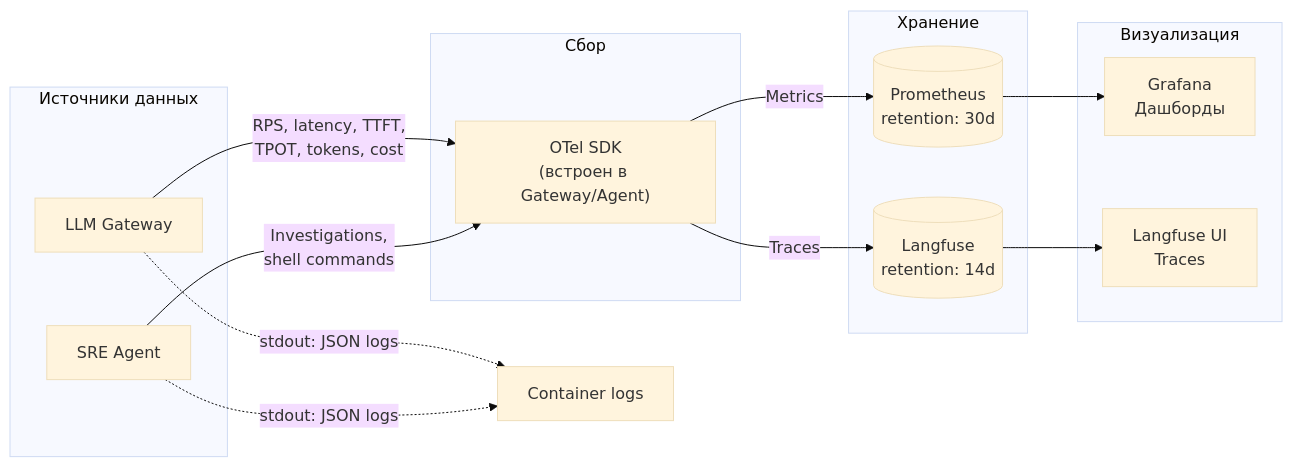
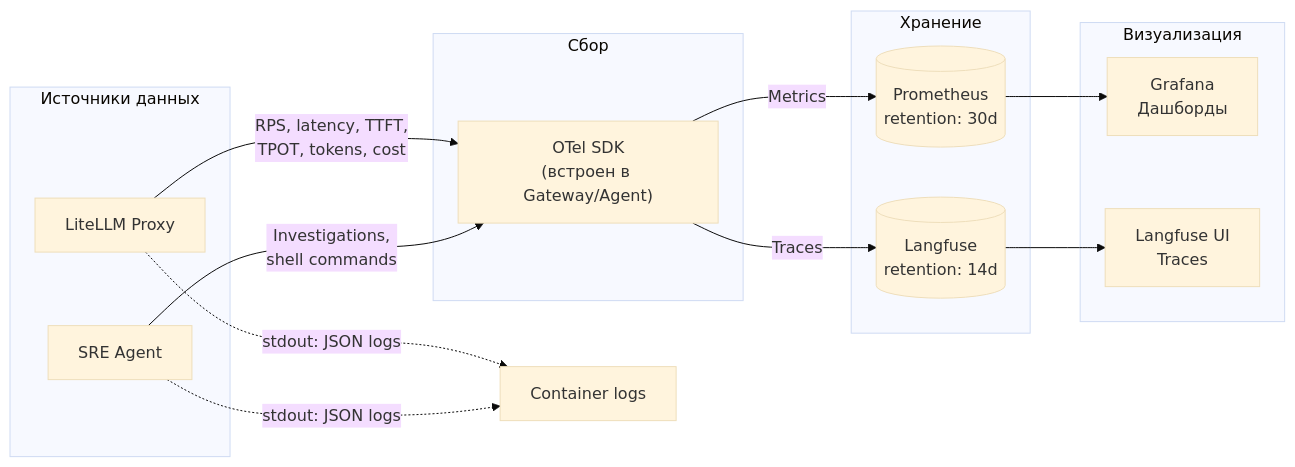
One commit to Ygrick/SRE-agent changed the second of 2 diagrams in docs/diagrams/data-flow.md. Above: the diagram before and after it, drawn with Mermaid (base theme). The commit also changed other lines of this file and 10 other files, not shown here.

Commit message:
Update documentation to reflect the integration of LiteLLM Proxy as the LLM API Gateway

````diff
--- a/docs/diagrams/data-flow.md
+++ b/docs/diagrams/data-flow.md
@@ -52,31 +52,31 @@
 ```mermaid
 flowchart LR
     subgraph sources ["Источники данных"]
-        GW2["LLM Gateway"]
+        GW2["LiteLLM Proxy"]
         AGENT2["SRE Agent"]
     end
 
     subgraph collect ["Сбор"]
         OTEL["OTel SDK<br/>(встроен в Gateway/Agent)"]
     end
 
     subgraph store_obs ["Хранение"]
         PROM[("Prometheus<br/>retention: 30d")]
         LF[("Langfuse<br/>retention: 14d")]
     end
 
     subgraph visualize ["Визуализация"]
         GRAFANA["Grafana<br/>Дашборды"]
         LF_UI["Langfuse UI<br/>Traces"]
     end
 
     GW2 -- "RPS, latency, TTFT,<br/>TPOT, tokens, cost" --> OTEL
     AGENT2 -- "Investigations,<br/>shell commands" --> OTEL
     OTEL -- "Metrics" --> PROM
     OTEL -- "Traces" --> LF
     PROM --> GRAFANA
     LF --> LF_UI
 
     GW2 -. "stdout: JSON logs" .-> STDOUT["Container logs"]
     AGENT2 -. "stdout: JSON logs" .-> STDOUT
 ```
````
